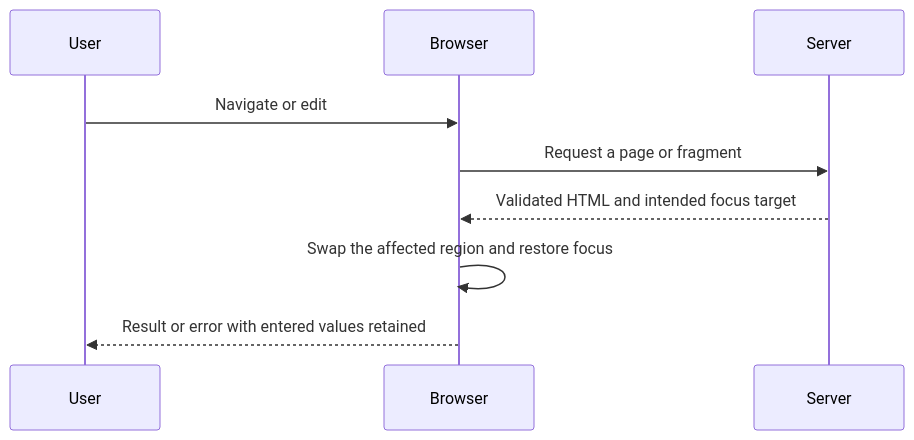
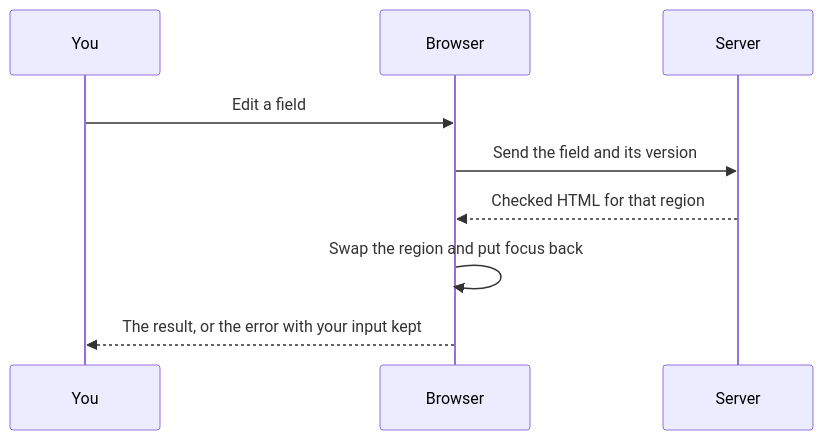
One commit to spinningyoyo/omsync changed the second of 3 diagrams in docs/architecture/interface.md. Above: the diagram before and after it, drawn with Mermaid. The commit also changed other lines of this file and 38 other files, not shown here.

````diff
--- a/docs/architecture/interface.md
+++ b/docs/architecture/interface.md
@@ -108,11 +24,11 @@
 ```mermaid
 sequenceDiagram
-    participant User
+    participant You
     participant Browser
     participant Server
-    User->>Browser: Navigate or edit
-    Browser->>Server: Request a page or fragment
-    Server-->>Browser: Validated HTML and intended focus target
-    Browser->>Browser: Swap the affected region and restore focus
-    Browser-->>User: Result or error with entered values retained
+    You->>Browser: Edit a field
+    Browser->>Server: Send the field and its version
+    Server-->>Browser: Checked HTML for that region
+    Browser->>Browser: Swap the region and put focus back
+    Browser-->>You: The result, or the error with your input kept
 ```
````
